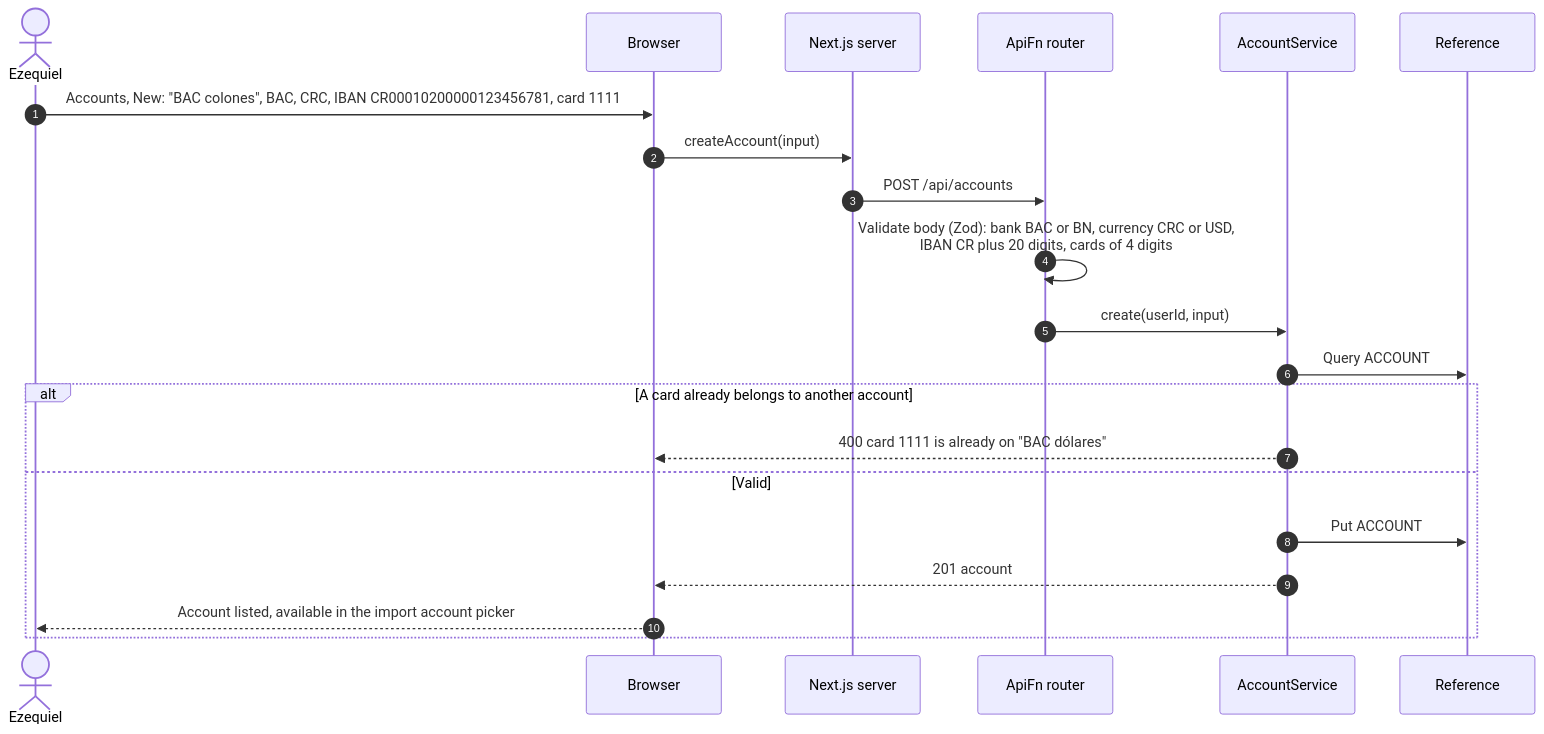
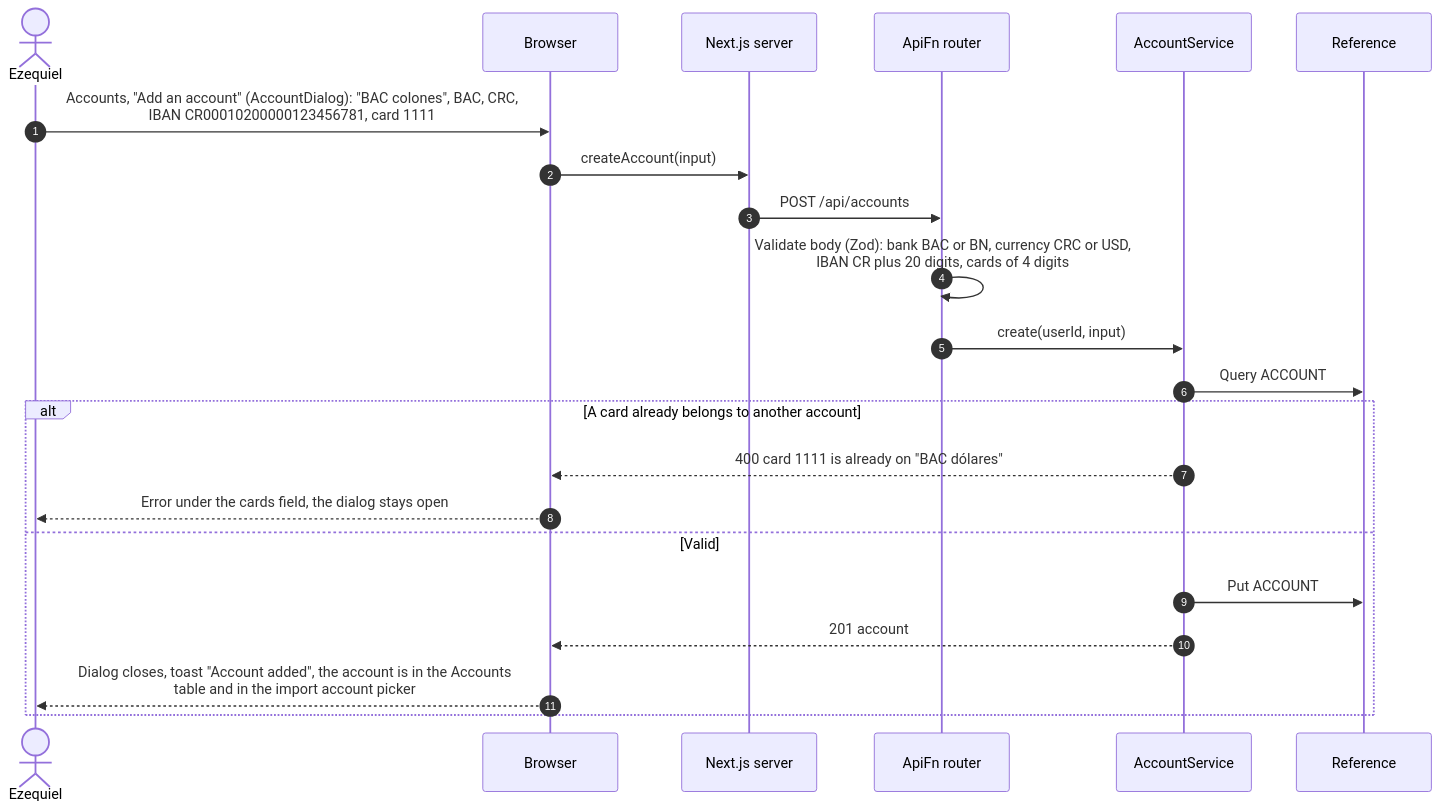
The first of 9 diagrams in docs/diagrams/sequences/01-accounts-and-ingestion.md (Ezequiel294/cs3365-finance-app), drawn with Mermaid before and after one commit. The commit also changed other lines of this file and 18 other files, not shown here.

Commit message:
attempt 3 design/architecture changes

````diff
--- a/docs/diagrams/sequences/01-accounts-and-ingestion.md
+++ b/docs/diagrams/sequences/01-accounts-and-ingestion.md
@@ -27,24 +27,25 @@
 ```mermaid
 sequenceDiagram
     autonumber
     actor U as Ezequiel
     participant UI as Browser
     participant Web as Next.js server
     participant API as ApiFn router
     participant AS as AccountService
     participant Ref as Reference
 
-    U->>UI: Accounts, New: "BAC colones", BAC, CRC, IBAN CR00010200000123456781, card 1111
+    U->>UI: Accounts, "Add an account" (AccountDialog): "BAC colones", BAC, CRC,<br/>IBAN CR00010200000123456781, card 1111
     UI->>Web: createAccount(input)
     Web->>API: POST /api/accounts
     API->>API: Validate body (Zod): bank BAC or BN, currency CRC or USD,<br/>IBAN CR plus 20 digits, cards of 4 digits
     API->>AS: create(userId, input)
     AS->>Ref: Query ACCOUNT# (the user's accounts)
     alt A card already belongs to another account
         AS-->>UI: 400 card 1111 is already on "BAC dólares"
+        UI-->>U: Error under the cards field, the dialog stays open
     else Valid
         AS->>Ref: Put ACCOUNT#id (version 1)
         AS-->>UI: 201 account
-        UI-->>U: Account listed, available in the import account picker
+        UI-->>U: Dialog closes, toast "Account added", the account is in the Accounts<br/>table and in the import account picker
     end
 ```
````
